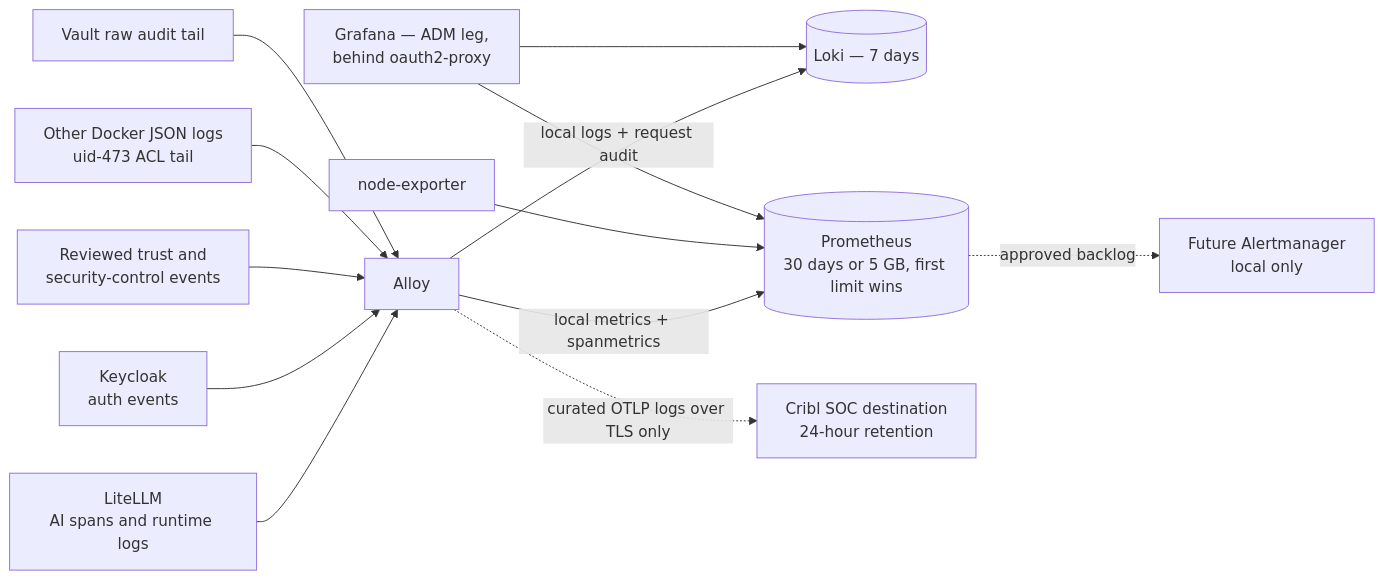
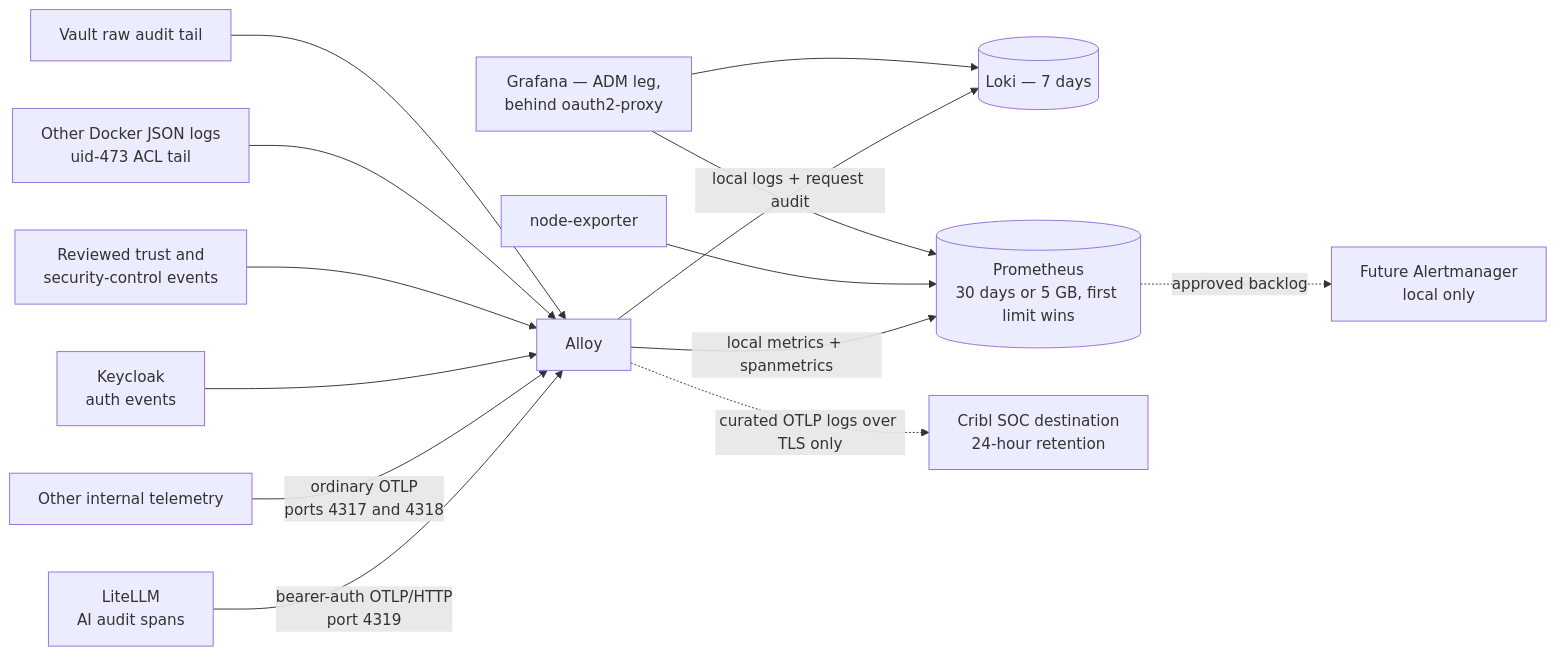
Before and after one commit to derhornspieler/ai-gateway: the ninth of 14 diagrams in docs/architecture-diagrams.md, drawn with Mermaid. The commit also changed other lines of this file and 8 other files, not shown here.

````diff
--- a/docs/architecture-diagrams.md
+++ b/docs/architecture-diagrams.md
@@ -293,15 +293,16 @@
 ```mermaid
 flowchart LR
-  LL[LiteLLM<br/>AI spans and runtime logs] --> AL[Alloy]
+  LL[LiteLLM<br/>AI audit spans] -->|bearer-auth OTLP/HTTP<br/>port 4319| AL[Alloy]
+  OT[Other internal telemetry] -->|ordinary OTLP<br/>ports 4317 and 4318| AL
   KC[Keycloak<br/>auth events] --> AL
   SE[Reviewed trust and<br/>security-control events] --> AL
   DL[Other Docker JSON logs<br/>uid-473 ACL tail] --> AL
   VA[Vault raw audit tail] --> AL
 
   AL -->|local logs + request audit| LK[(Loki — 7 days)]
   AL -->|local metrics + spanmetrics| PR[(Prometheus<br/>30 days or 5 GB, first limit wins)]
   NE[node-exporter] --> PR
   PR -.approved backlog.-> AM[Future Alertmanager<br/>local only]
   AL -.curated OTLP logs over TLS only.-> CR[Cribl SOC destination<br/>24-hour retention]
   GF[Grafana — ADM leg,<br/>behind oauth2-proxy] --> LK & PR
 ```
````
